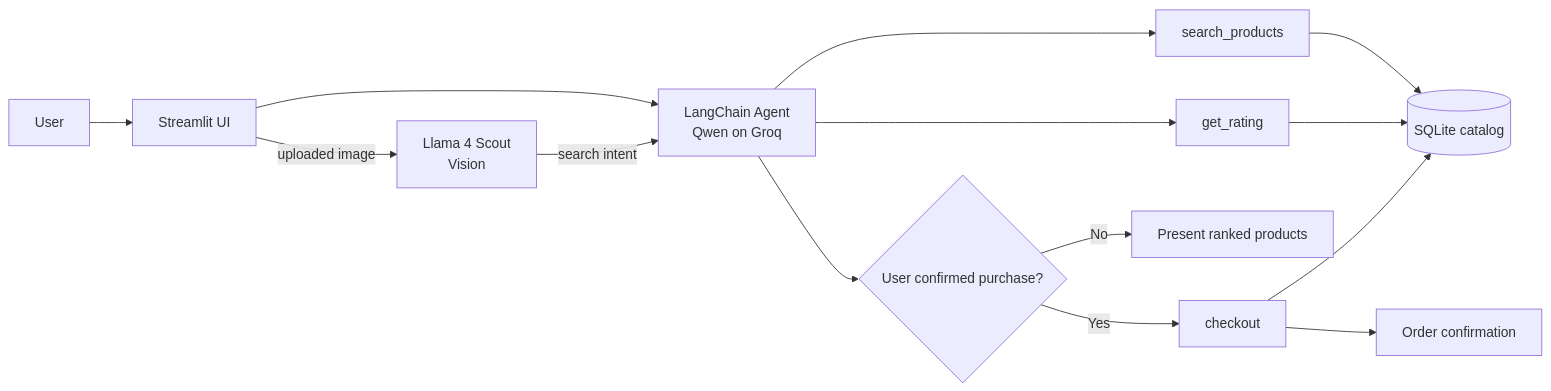
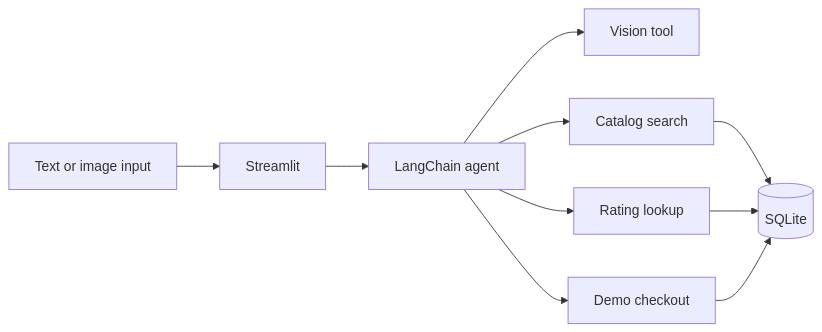
The diagram in README.md (chaitanya4595-afk/ai-shopping-agent), drawn with Mermaid before and after one commit. The commit also changed other lines of this file, not shown here.

Commit message:
Document shopping workflows and tool design

````diff
--- a/README.md
+++ b/README.md
@@ -27,19 +22,12 @@
 ```mermaid
 flowchart LR
-    U[User] --> UI[Streamlit UI]
-    UI --> A[LangChain Agent\nQwen on Groq]
-
-    UI -->|uploaded image| V[Llama 4 Scout\nVision]
-    V -->|search intent| A
-
-    A --> S[search_products]
-    A --> R[get_rating]
-    S --> DB[(SQLite catalog)]
+    U[Text or image input] --> UI[Streamlit]
+    UI --> A[LangChain agent]
+    A --> V[Vision tool]
+    A --> S[Catalog search]
+    A --> R[Rating lookup]
+    A --> C[Demo checkout]
+    S --> DB[(SQLite)]
     R --> DB
-
-    A --> C{User confirmed purchase?}
-    C -->|No| P[Present ranked products]
-    C -->|Yes| O[checkout]
-    O --> DB
-    O --> OK[Order confirmation]
+    C --> DB
 ```
````
